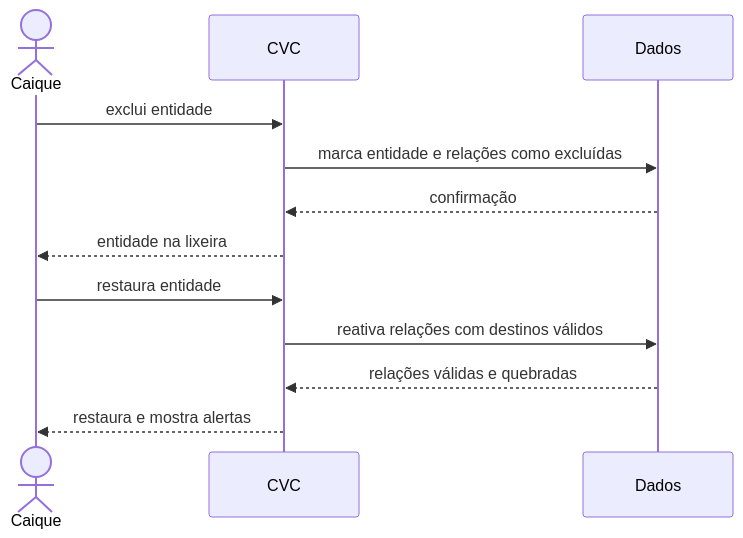
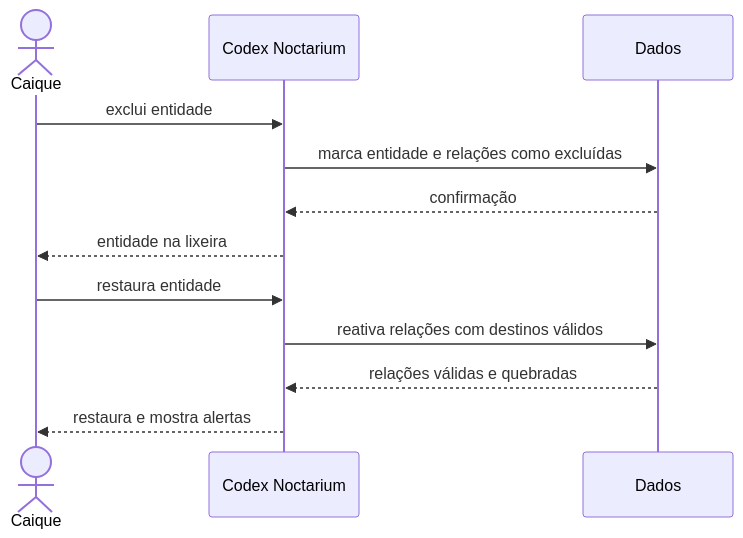
Before and after one commit to CaiqueRechi/Codex-Noctarium: the sixth of 6 diagrams in docs/requirements/crow-vault-canvas.md, drawn with Mermaid. The commit also changed other lines of this file and 6 other files, not shown here.

First line of the commit message:
docs: rename the product to Codex Noctarium across the documentation

````diff
--- a/docs/requirements/crow-vault-canvas.md
+++ b/docs/requirements/crow-vault-canvas.md
@@ -547,15 +548,15 @@
 ```mermaid
 sequenceDiagram
     actor Caique
-    participant CVC
+    participant Codex Noctarium
     participant Dados
 
-    Caique->>CVC: exclui entidade
-    CVC->>Dados: marca entidade e relações como excluídas
-    Dados-->>CVC: confirmação
-    CVC-->>Caique: entidade na lixeira
-    Caique->>CVC: restaura entidade
-    CVC->>Dados: reativa relações com destinos válidos
-    Dados-->>CVC: relações válidas e quebradas
-    CVC-->>Caique: restaura e mostra alertas
+    Caique->>Codex Noctarium: exclui entidade
+    Codex Noctarium->>Dados: marca entidade e relações como excluídas
+    Dados-->>Codex Noctarium: confirmação
+    Codex Noctarium-->>Caique: entidade na lixeira
+    Caique->>Codex Noctarium: restaura entidade
+    Codex Noctarium->>Dados: reativa relações com destinos válidos
+    Dados-->>Codex Noctarium: relações válidas e quebradas
+    Codex Noctarium-->>Caique: restaura e mostra alertas
 ```
````
